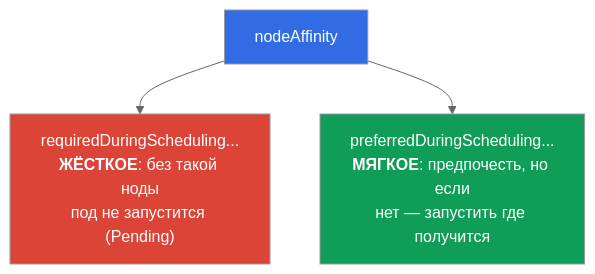
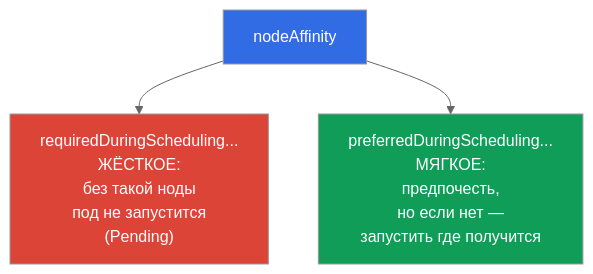
One commit to ViktorUJ/cks changed the fourth of 8 diagrams in tasks/cka/course/12/ru.md. Above: the diagram before and after it, drawn with Mermaid (neutral theme). The commit also changed other lines of this file, not shown here.

````diff
--- a/tasks/cka/course/12/ru.md
+++ b/tasks/cka/course/12/ru.md
@@ -99,9 +99,9 @@
 ```mermaid
 flowchart TB
     na["nodeAffinity"]
-    na --> req["requiredDuringScheduling...<br><b>ЖЁСТКОЕ</b>: без такой ноды<br>под не запустится (Pending)"]
-    na --> pref["preferredDuringScheduling...<br><b>МЯГКОЕ</b>: предпочесть, но если<br>нет — запустить где получится"]
+    na --> req["requiredDuringScheduling...<br>ЖЁСТКОЕ:<br>без такой ноды<br>под не запустится<br>(Pending)"]
+    na --> pref["preferredDuringScheduling...<br>МЯГКОЕ:<br>предпочесть,<br>но если нет —<br>запустить где получится"]
     style na fill:#326ce5,color:#fff
     style req fill:#db4437,color:#fff
     style pref fill:#0f9d58,color:#fff
 ```
````
